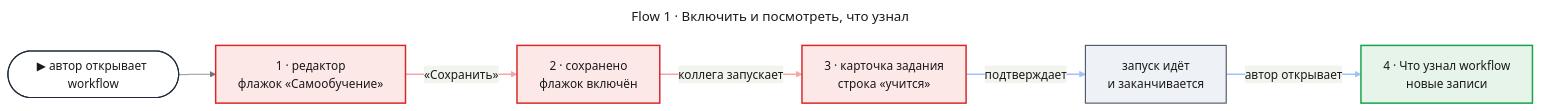
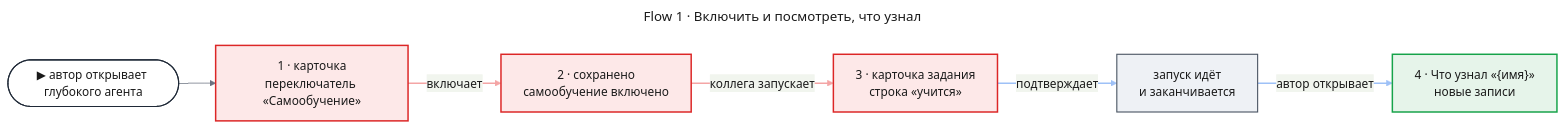
One commit to tundraray/agent-os changed the first of 2 diagrams in docs/features/self-learning/uxrd.md. Above: the diagram before and after it, drawn with Mermaid. The commit also changed other lines of this file and 13 other files, not shown here.

````diff
--- a/docs/features/self-learning/uxrd.md
+++ b/docs/features/self-learning/uxrd.md
@@ -55,46 +55,46 @@
 ```mermaid
 ---
 title: "Flow 1 · Включить и посмотреть, что узнал"
 config:
   theme: base
   look: classic
   themeVariables:
     primaryColor: "#eef1f5"
     primaryBorderColor: "#4b5563"
     primaryTextColor: "#1a1a1a"
     lineColor: "#6b7280"
   flowchart:
     curve: step
   themeCSS: |
     @keyframes lit_sl1{0%,22.5%{stroke:#991b1b;stroke-width:6px}25%,100%{stroke:#f4a5a5;stroke-width:2px}}
     @keyframes litr_sl1{0%,22.5%{stroke:#1d4ed8;stroke-width:6px}25%,100%{stroke:#9ec1f7;stroke-width:2px}}
 ---
 flowchart LR
-    entry(["▶ автор открывает workflow"])
-    flag["1 · редактор<br/>флажок «Самообучение»"]
-    saved["2 · сохранено<br/>флажок включён"]
+    entry(["▶ автор открывает глубокого агента"])
+    flag["1 · карточка<br/>переключатель «Самообучение»"]
+    saved["2 · сохранено<br/>самообучение включено"]
     task["3 · карточка задания<br/>строка «учится»"]
     run["запуск идёт<br/>и заканчивается"]
-    screen["4 · Что узнал workflow<br/>новые записи"]
+    screen["4 · Что узнал «{имя}»<br/>новые записи"]
     entry --> flag
-    flag e1@-->|"«Сохранить»"| saved
+    flag e1@-->|"включает"| saved
     saved e2@-->|"коллега запускает"| task
     task e3@-->|"подтверждает"| run
     run e4@-->|"автор открывает"| screen
     classDef entry fill:#ffffff,stroke:#1f2937,stroke-width:1.5px,color:#1a1a1a
     classDef changed fill:#fde8e8,stroke:#dc2626,stroke-width:2px,color:#1a1a1a
     classDef new fill:#e6f4ea,stroke:#16a34a,stroke-width:2px,color:#1a1a1a
     classDef unchanged fill:#eef1f5,stroke:#4b5563,stroke-width:1.5px,color:#1a1a1a
     classDef w1 stroke:#f4a5a5,stroke-width:2px,animation:lit_sl1 4.8s linear 0s infinite
     classDef w2 stroke:#f4a5a5,stroke-width:2px,animation:lit_sl1 4.8s linear 1.2s infinite
     classDef r1 stroke:#9ec1f7,stroke-width:2px,animation:litr_sl1 4.8s linear 2.4s infinite
     classDef r2 stroke:#9ec1f7,stroke-width:2px,animation:litr_sl1 4.8s linear 3.6s infinite
     class entry entry
     class flag,saved,task changed
     class screen new
     class run unchanged
     class e1 w1
     class e2 w2
     class e3 r1
     class e4 r2
 ```
````
